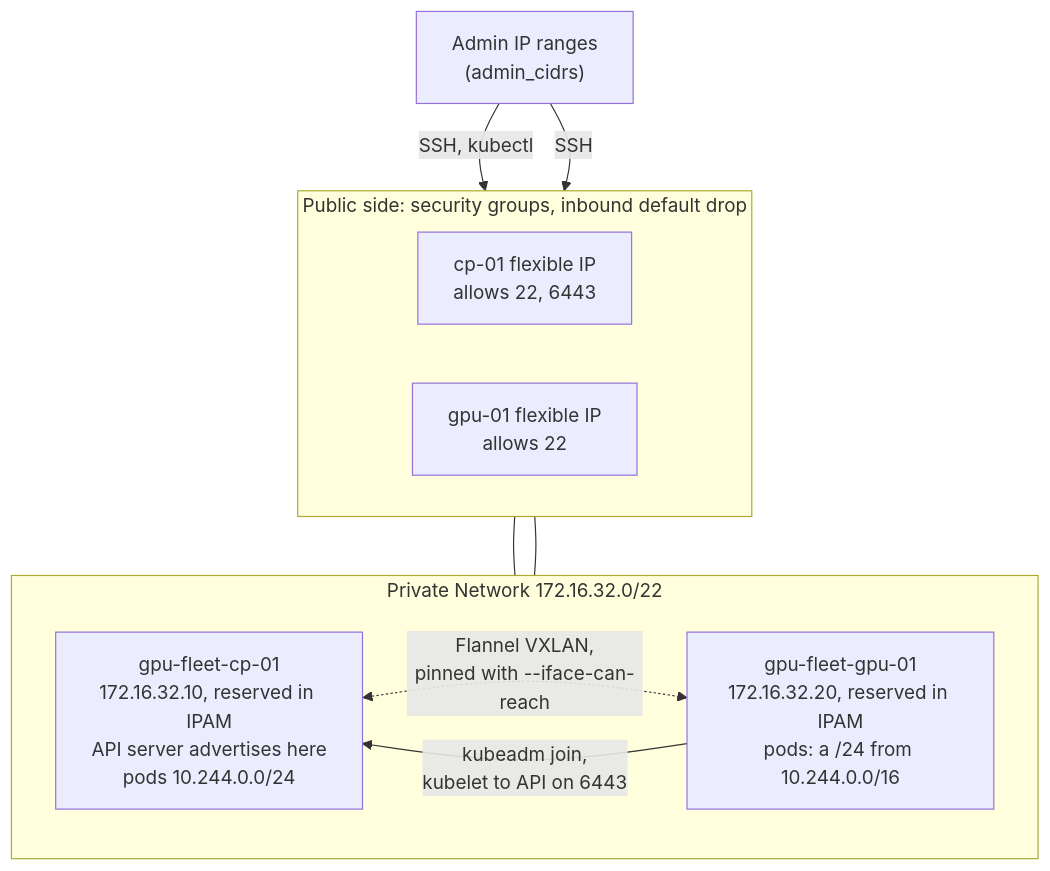
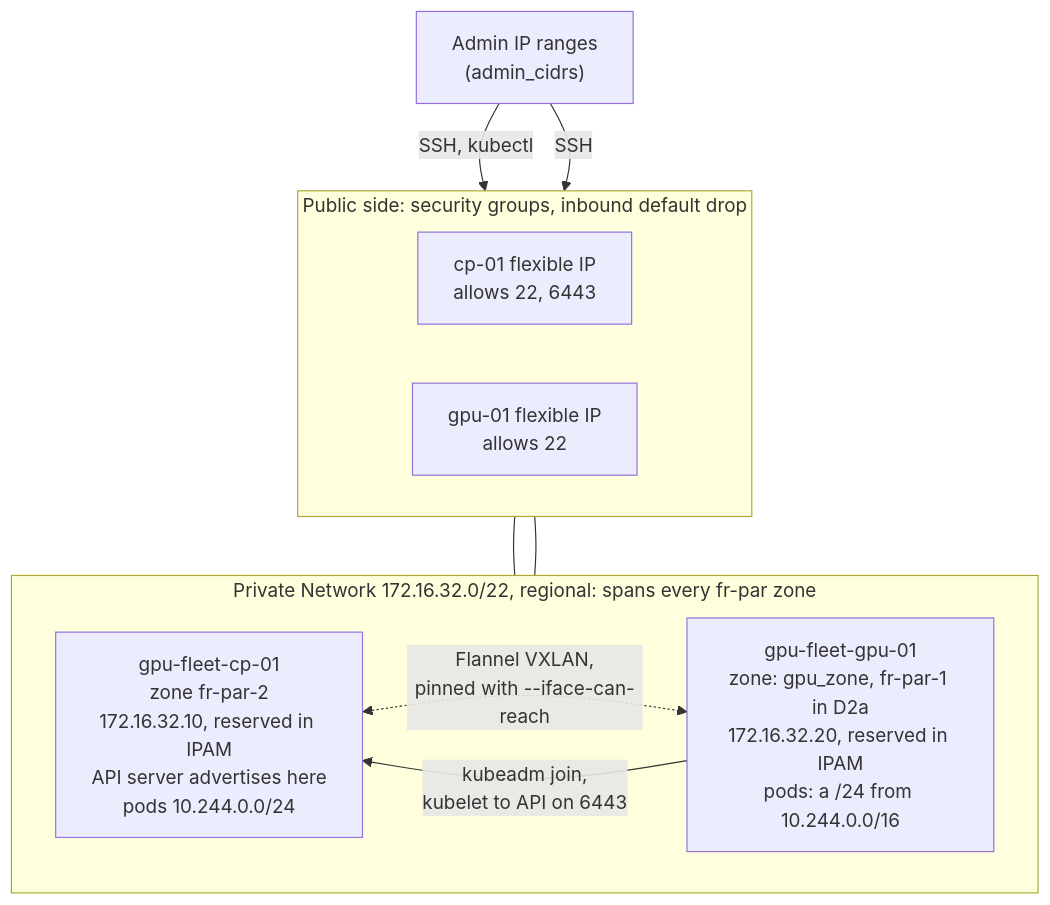
One commit to yassineteimi/nvidia-gpu-fleet-poc changed the second of 6 diagrams in docs/architecture.md. Above: the diagram before and after it, drawn with Mermaid. The commit also changed other lines of this file and 6 other files, not shown here.

````diff
--- a/docs/architecture.md
+++ b/docs/architecture.md
@@ -44,23 +44,23 @@
 ```mermaid
 flowchart TB
   admin["Admin IP ranges<br/>(admin_cidrs)"]
 
   subgraph pub["Public side: security groups, inbound default drop"]
     direction LR
     cpip["cp-01 flexible IP<br/>allows 22, 6443"]
     gpuip["gpu-01 flexible IP<br/>allows 22"]
   end
 
-  subgraph pn["Private Network 172.16.32.0/22"]
+  subgraph pn["Private Network 172.16.32.0/22, regional: spans every fr-par zone"]
     direction LR
-    cp["gpu-fleet-cp-01<br/>172.16.32.10, reserved in IPAM<br/>API server advertises here<br/>pods 10.244.0.0/24"]
-    gpu["gpu-fleet-gpu-01<br/>172.16.32.20, reserved in IPAM<br/>pods: a /24 from 10.244.0.0/16"]
+    cp["gpu-fleet-cp-01<br/>zone fr-par-2<br/>172.16.32.10, reserved in IPAM<br/>API server advertises here<br/>pods 10.244.0.0/24"]
+    gpu["gpu-fleet-gpu-01<br/>zone: gpu_zone, fr-par-1 in D2a<br/>172.16.32.20, reserved in IPAM<br/>pods: a /24 from 10.244.0.0/16"]
     gpu -->|"kubeadm join,<br/>kubelet to API on 6443"| cp
     cp <-.->|"Flannel VXLAN,<br/>pinned with --iface-can-reach"| gpu
   end
 
   admin -->|"SSH, kubectl"| cpip
   admin -->|"SSH"| gpuip
   cpip --- cp
   gpuip --- gpu
 ```
````
